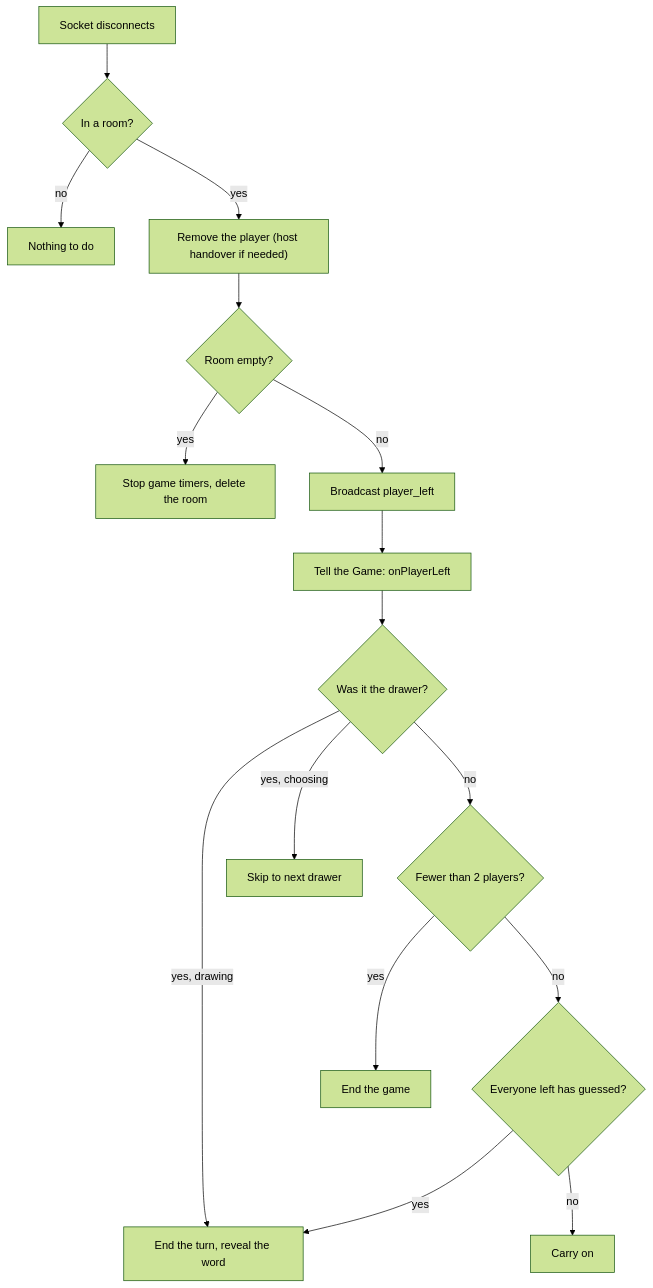
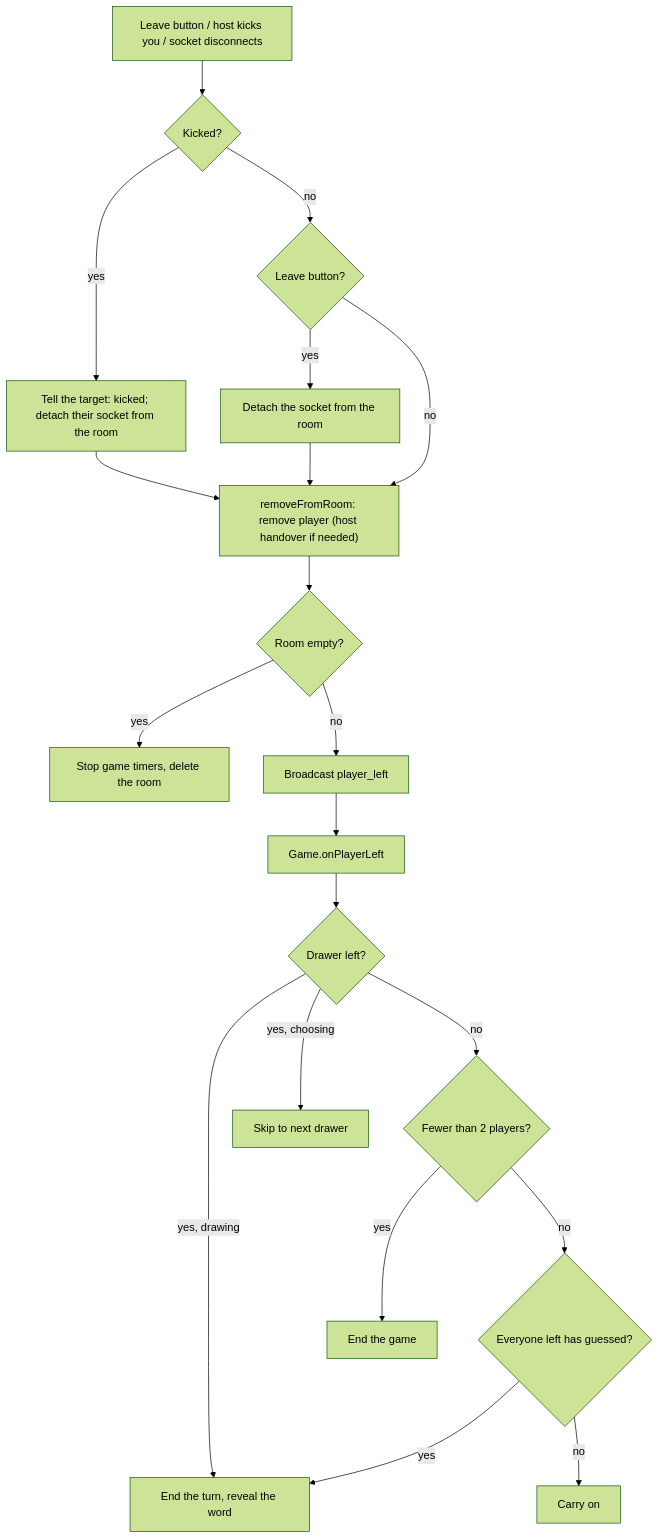
One commit to ritik-2407/Skribbl changed the eighth of 8 diagrams in README.md. Above: the diagram before and after it, drawn with Mermaid (forest theme). The commit also changed other lines of this file and 17 other files, not shown here.

````diff
--- a/README.md
+++ b/README.md
@@ -663,18 +379,22 @@
 ```mermaid
 flowchart TD
-    A["Socket disconnects"] --> B{"In a room?"}
-    B -- no --> Z["Nothing to do"]
-    B -- yes --> C["Remove the player (host handover if needed)"]
+    A["Leave button / host kicks you / socket disconnects"] --> K{"Kicked?"}
+    K -- yes --> K2["Tell the target: kicked; detach their socket from the room"]
+    K -- no --> L{"Leave button?"}
+    L -- yes --> L2["Detach the socket from the room"]
+    K2 --> C
+    L2 --> C
+    L -- no --> C["removeFromRoom: remove player (host handover if needed)"]
     C --> D{"Room empty?"}
     D -- yes --> E["Stop game timers, delete the room"]
     D -- no --> F["Broadcast player_left"]
-    F --> G["Tell the Game: onPlayerLeft"]
-    G --> H{"Was it the drawer?"}
+    F --> G["Game.onPlayerLeft"]
+    G --> H{"Drawer left?"}
     H -- "yes, drawing" --> I["End the turn, reveal the word"]
     H -- "yes, choosing" --> J["Skip to next drawer"]
-    H -- no --> K{"Fewer than 2 players?"}
-    K -- yes --> L["End the game"]
-    K -- no --> M{"Everyone left has guessed?"}
-    M -- yes --> I
-    M -- no --> N["Carry on"]
+    H -- no --> M{"Fewer than 2 players?"}
+    M -- yes --> N["End the game"]
+    M -- no --> O{"Everyone left has guessed?"}
+    O -- yes --> I
+    O -- no --> P["Carry on"]
 ```
````
